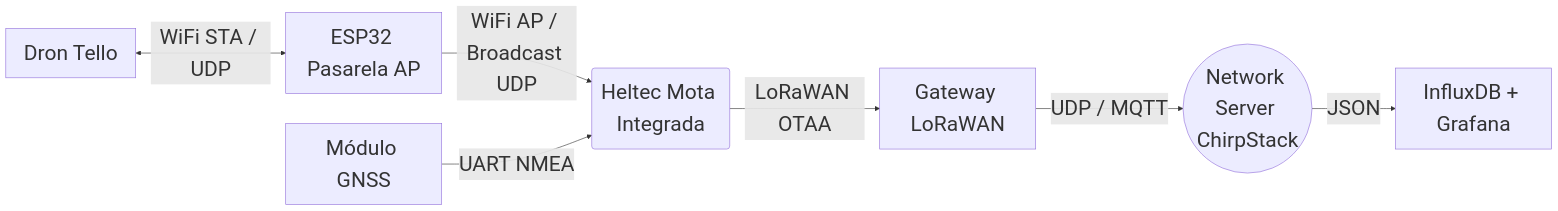
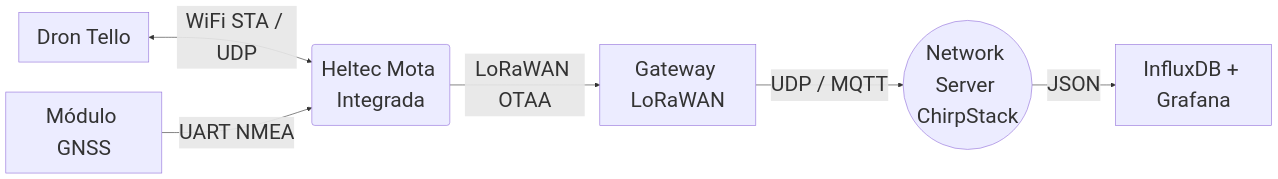
Before and after one commit to paulageenaro/uav-lorawan-gnss: the second of 2 diagrams in docs/architecture.md, drawn with Mermaid. The commit also changed other lines of this file and 5 other files, not shown here.

````diff
--- a/docs/architecture.md
+++ b/docs/architecture.md
@@ -18,10 +18,9 @@
 ```mermaid
 %%{init: {"themeVariables": {"fontSize": "35px"}}}%%
 graph LR
-    UAV[Dron Tello] <-->|WiFi STA / UDP| ESP[ESP32 Pasarela AP]
-    ESP -->|WiFi AP / Broadcast UDP| B(Heltec Mota Integrada)
+    UAV[Dron Tello] <-->|WiFi STA / UDP| B(Heltec Mota Integrada)
     A[Módulo GNSS] -->|UART NMEA| B
     B -->|LoRaWAN OTAA| C[Gateway LoRaWAN]
     C -->|UDP / MQTT| D((Network Server ChirpStack))
     D -->|JSON| E[InfluxDB + Grafana]
 ```
````
